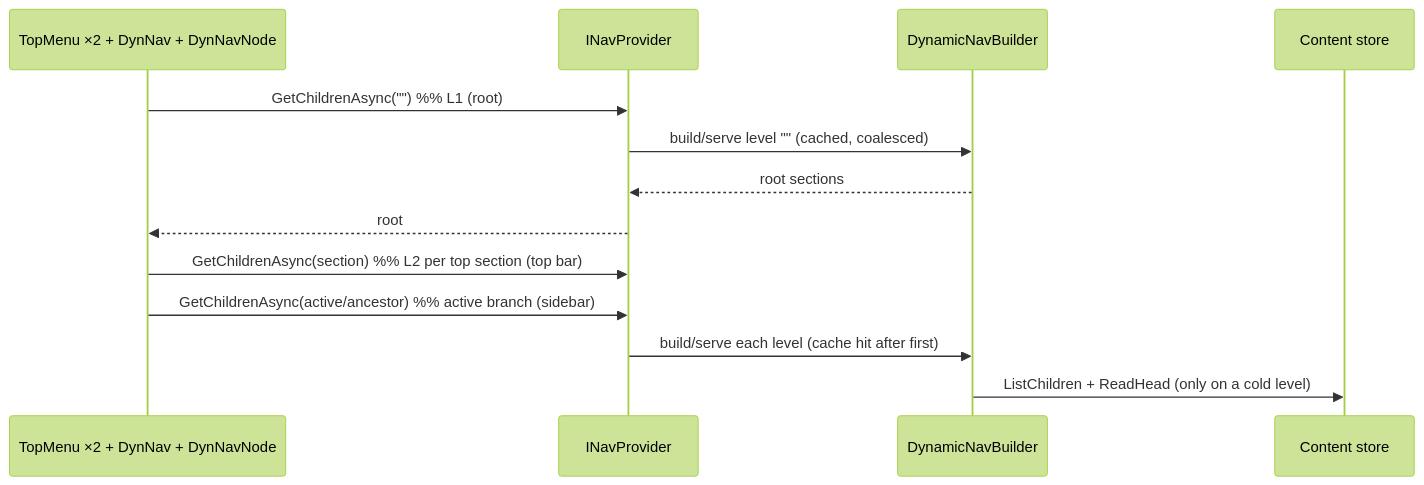
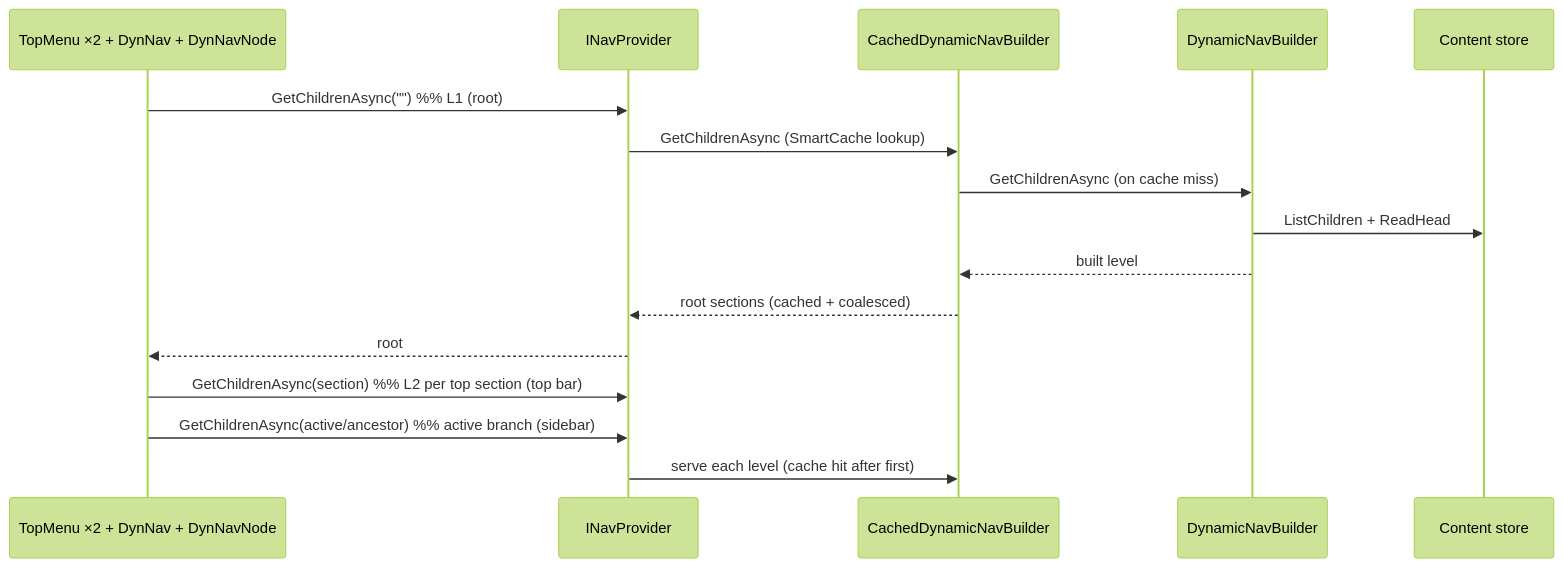
One commit to darioairoldi/Learn changed the first of 3 diagrams in src/docs/90. Issues/202607/20270720.02-smartcache-reload-redis/02-loading-process-flow.md. Above: the diagram before and after it, drawn with Mermaid (forest theme). The commit also changed other lines of this file and 19 other files, not shown here.

````diff
--- a/src/docs/90. Issues/202607/20270720.02-smartcache-reload-redis/02-loading-process-flow.md
+++ b/src/docs/90. Issues/202607/20270720.02-smartcache-reload-redis/02-loading-process-flow.md
@@ -63,16 +63,19 @@
 ```mermaid
 sequenceDiagram
     participant UI as TopMenu ×2 + DynNav + DynNavNode
     participant NP as INavProvider
+    participant CB as CachedDynamicNavBuilder
     participant NB as DynamicNavBuilder
     participant FS as Content store
 
     UI->>NP: GetChildrenAsync("")           %% L1 (root)
-    NP->>NB: build/serve level "" (cached, coalesced)
-    NB-->>NP: root sections
+    NP->>CB: GetChildrenAsync (SmartCache lookup)
+    CB->>NB: GetChildrenAsync (on cache miss)
+    NB->>FS: ListChildren + ReadHead
+    NB-->>CB: built level
+    CB-->>NP: root sections (cached + coalesced)
     NP-->>UI: root
     UI->>NP: GetChildrenAsync(section)       %% L2 per top section (top bar)
     UI->>NP: GetChildrenAsync(active/ancestor) %% active branch (sidebar)
-    NP->>NB: build/serve each level (cache hit after first)
-    NB->>FS: ListChildren + ReadHead (only on a cold level)
+    NP->>CB: serve each level (cache hit after first)
 ```
````
